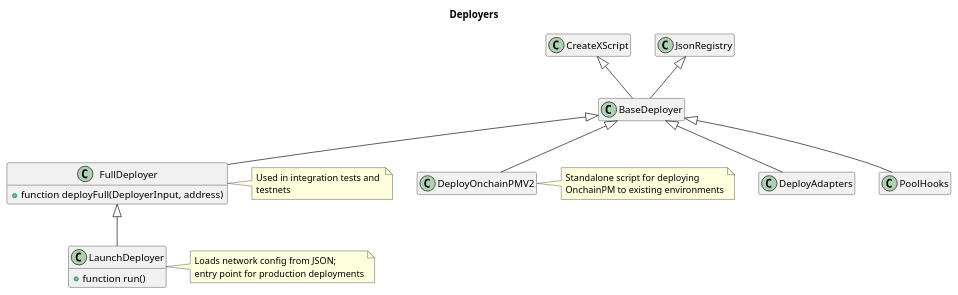
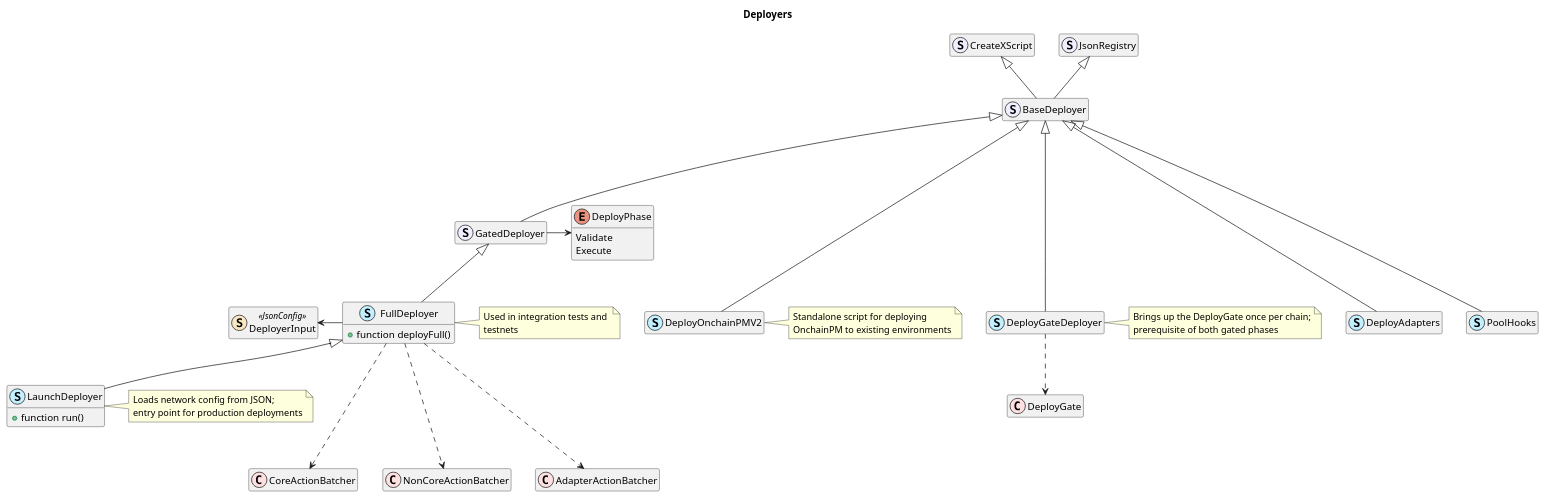
The diagram in docs/architecture/deployers.puml (centrifuge/protocol), drawn with PlantUML before and after one commit. The commit also changed 28 other files, not shown here.

Commit message:
Deployment: Reduce tx number (Option D: validate + deploy) (#303)

```diff
--- a/docs/architecture/deployers.puml
+++ b/docs/architecture/deployers.puml
@@ -1,33 +1,60 @@
 @startuml deployers
 title Deployers
 hide empty members
 
-class JsonRegistry
-class CreateXScript
+class JsonRegistry << (S, motivation) >>
+class CreateXScript << (S, motivation) >>
 
-class BaseDeployer
-class FullDeployer {
-    + function deployFull(DeployerInput, address)
+class BaseDeployer << (S, motivation) >>
+class GatedDeployer << (S, motivation) >>
+
+class DeployGateDeployer << (S, application) >>
+class DeployAdapters << (S, application) >>
+class PoolHooks << (S, application) >>
+class DeployOnchainPMV2 << (S, application) >>
+
+class FullDeployer  << (S, application) >> {
+    + function deployFull()
 }
-class LaunchDeployer {
+class LaunchDeployer  << (S, application) >> {
     + function run()
 }
-class DeployAdapters
-class DeployOnchainPMV2
-class PoolHooks
+
+class DeployGate << (C, implementation) >>
+class CoreActionBatcher << (C, implementation) >>
+class NonCoreActionBatcher << (C, implementation) >>
+class AdapterActionBatcher << (C, implementation) >>
+
+class DeployerInput << (S,strategy) JsonConfig >>
+
+enum DeployPhase {
+    Validate
+    Execute
+}
 
 BaseDeployer -up-|> JsonRegistry
 BaseDeployer -up-|> CreateXScript
 
-FullDeployer -up-|> BaseDeployer
+GatedDeployer --up-|> BaseDeployer
+FullDeployer -up-|> GatedDeployer
 LaunchDeployer -up-|> FullDeployer
 
-DeployAdapters -up-|> BaseDeployer
-DeployOnchainPMV2 -up-|> BaseDeployer
-PoolHooks -up-|> BaseDeployer
+DeployGateDeployer ---up-|> BaseDeployer
+DeployAdapters ---up-|> BaseDeployer
+PoolHooks ---up-|> BaseDeployer
+DeployOnchainPMV2 ---up-|> BaseDeployer
+
+GatedDeployer -right> DeployPhase
+FullDeployer -left> DeployerInput
+
+DeployGateDeployer ..> DeployGate
+FullDeployer ...> CoreActionBatcher
+FullDeployer ...> NonCoreActionBatcher
+FullDeployer ...> AdapterActionBatcher
 
 note right of FullDeployer: Used in integration tests and \ntestnets
 note right of LaunchDeployer: Loads network config from JSON;\nentry point for production deployments
 note right of DeployOnchainPMV2: Standalone script for deploying\nOnchainPM to existing environments
+note right of DeployGateDeployer: Brings up the DeployGate once per chain;\nprerequisite of both gated phases
 
 @enduml
```
